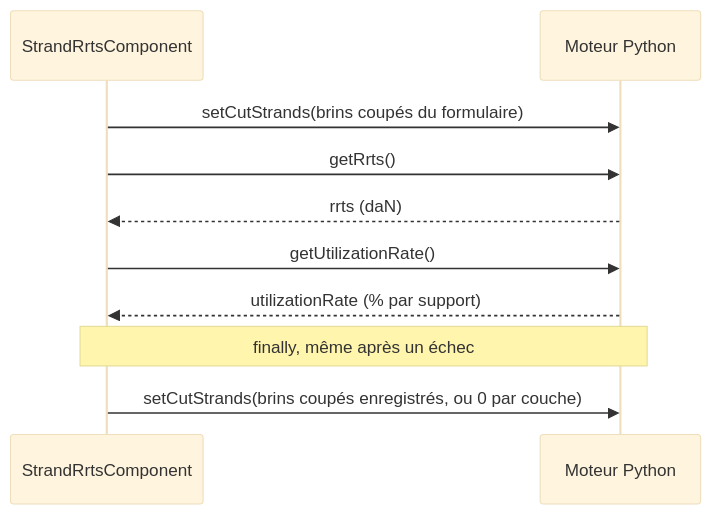
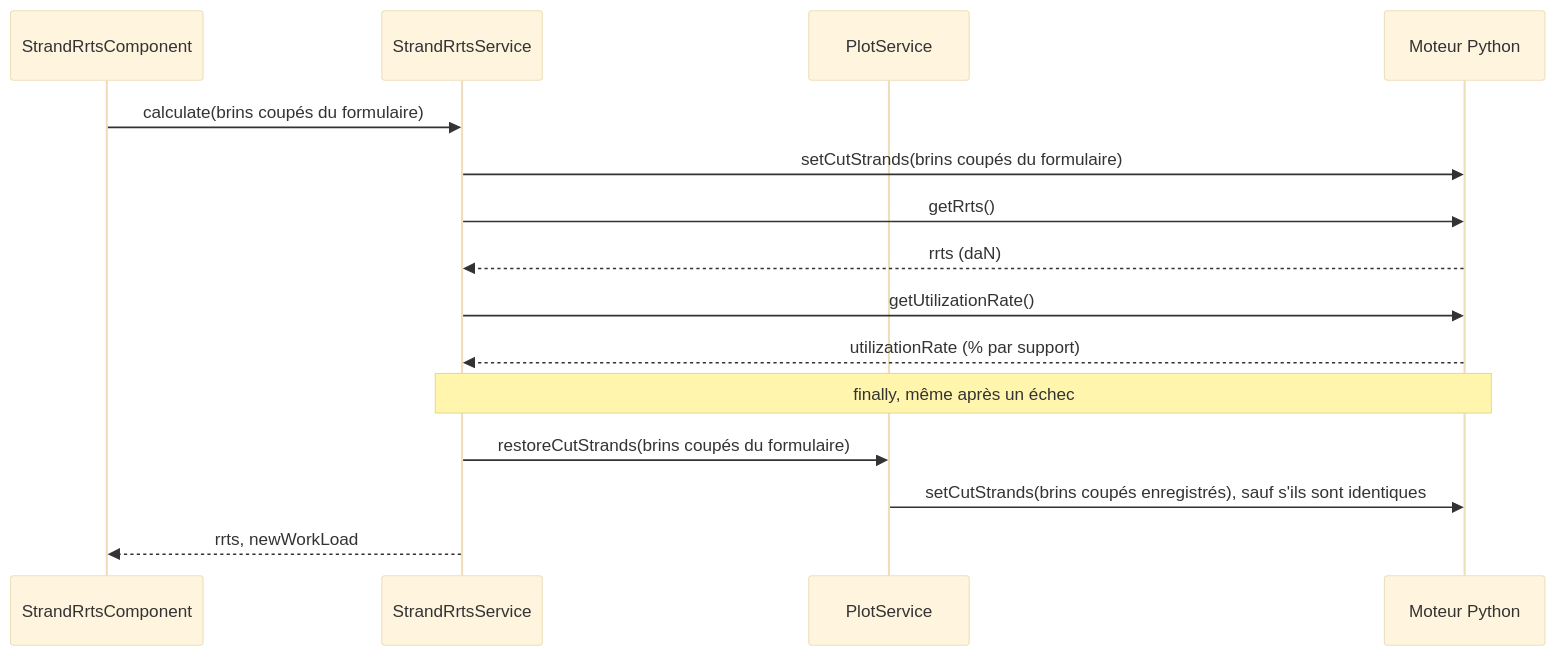
Before and after one commit to phlowers/phlowers-stellar-app: the diagram in docs-sphinx/source/fr/user_docs/developer_guide/app/cut_strands.md, drawn with Mermaid (base theme). The commit also changed other lines of this file and 52 other files, not shown here.

````diff
--- a/docs-sphinx/source/fr/user_docs/developer_guide/app/cut_strands.md
+++ b/docs-sphinx/source/fr/user_docs/developer_guide/app/cut_strands.md
@@ -202,12 +234,17 @@
 ```mermaid
 sequenceDiagram
     participant D as StrandRrtsComponent
+    participant S as StrandRrtsService
+    participant P as PlotService
     participant E as Moteur Python
-    D->>E: setCutStrands(brins coupés du formulaire)
-    D->>E: getRrts()
-    E-->>D: rrts (daN)
-    D->>E: getUtilizationRate()
-    E-->>D: utilizationRate (% par support)
-    Note over D,E: finally, même après un échec
-    D->>E: setCutStrands(brins coupés enregistrés, ou 0 par couche)
+    D->>S: calculate(brins coupés du formulaire)
+    S->>E: setCutStrands(brins coupés du formulaire)
+    S->>E: getRrts()
+    E-->>S: rrts (daN)
+    S->>E: getUtilizationRate()
+    E-->>S: utilizationRate (% par support)
+    Note over S,E: finally, même après un échec
+    S->>P: restoreCutStrands(brins coupés du formulaire)
+    P->>E: setCutStrands(brins coupés enregistrés), sauf s'ils sont identiques
+    S-->>D: rrts, newWorkLoad
 ```
````
